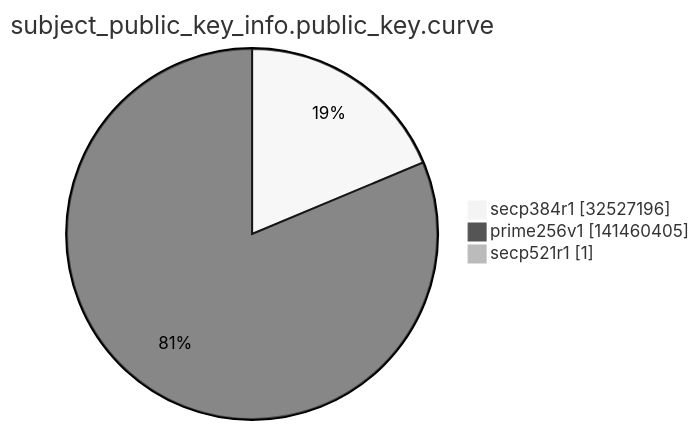
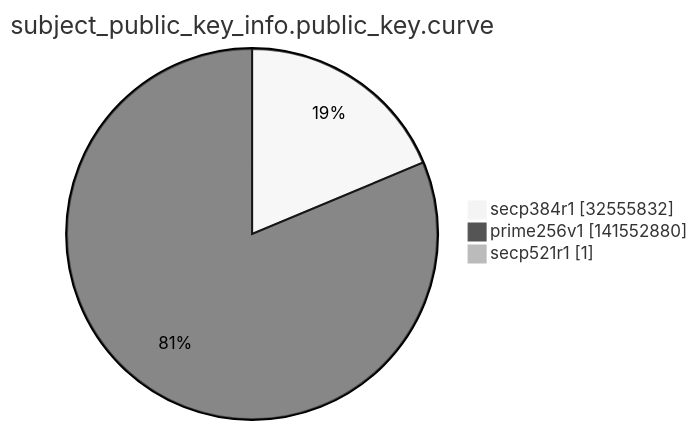
One commit to christiankrug/ctmonitor_visualization changed the ninth of 15 diagrams in argon2022/README.md. Above: the diagram before and after it, drawn with Mermaid (neutral theme). The commit also changed other lines of this file, not shown here.

````diff
--- a/argon2022/README.md
+++ b/argon2022/README.md
@@ -2763,7 +2763,7 @@
 ```mermaid
 pie showData
 title subject_public_key_info.public_key.curve
-"secp384r1" :32527196
-"prime256v1" :141460405
+"secp384r1" :32555832
+"prime256v1" :141552880
 "secp521r1" :1
 ```
````
